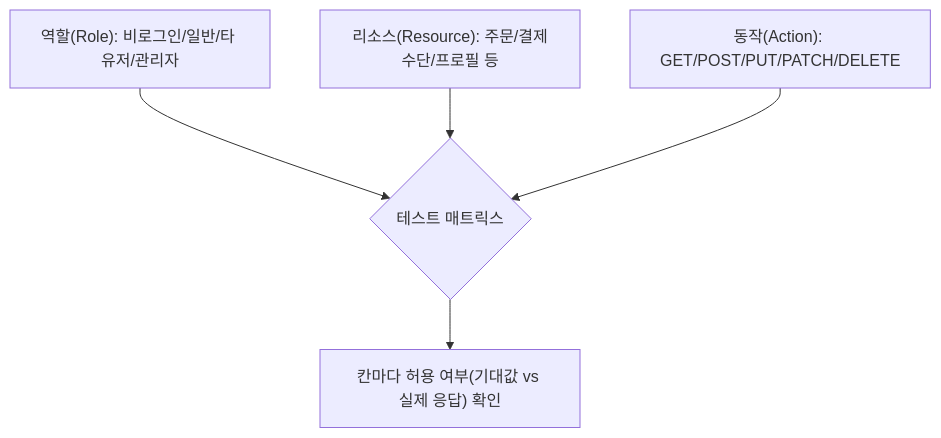
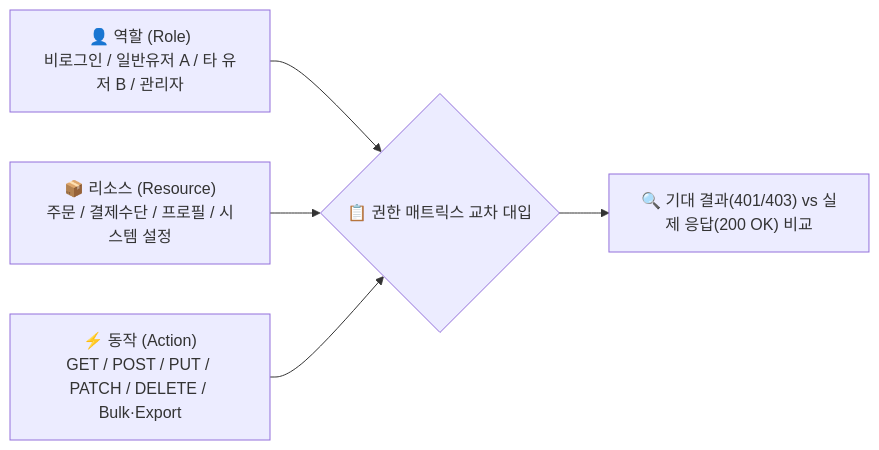
The second of 2 diagrams in content/웹취약점/웹 취약점 진단 인가편 — 권한 매트릭스로 BOLA·BFLA 찾기.md (gooyong-sec/gooyong-sec.github.io), drawn with Mermaid before and after one commit. The commit also changed other lines of this file and 68 other files, not shown here.

````diff
--- a/content/웹취약점/웹 취약점 진단 인가편 — 권한 매트릭스로 BOLA·BFLA 찾기.md
+++ b/content/웹취약점/웹 취약점 진단 인가편 — 권한 매트릭스로 BOLA·BFLA 찾기.md
@@ -23,7 +44,7 @@
 ```mermaid
-flowchart TD
-    A["역할(Role): 비로그인/일반/타 유저/관리자"] --> D{"테스트 매트릭스"}
-    B["리소스(Resource): 주문/결제수단/프로필 등"] --> D
-    C["동작(Action): GET/POST/PUT/PATCH/DELETE"] --> D
-    D --> E["칸마다 허용 여부(기대값 vs 실제 응답) 확인"]
+flowchart LR
+    R["👤 역할 (Role)<br/>비로그인 / 일반유저 A / 타 유저 B / 관리자"] --> M{"📋 권한 매트릭스 교차 대입"}
+    O["📦 리소스 (Resource)<br/>주문 / 결제수단 / 프로필 / 시스템 설정"] --> M
+    A["⚡ 동작 (Action)<br/>GET / POST / PUT / PATCH / DELETE / Bulk·Export"] --> M
+    M --> V["🔍 기대 결과(401/403) vs 실제 응답(200 OK) 비교"]
 ```
````
